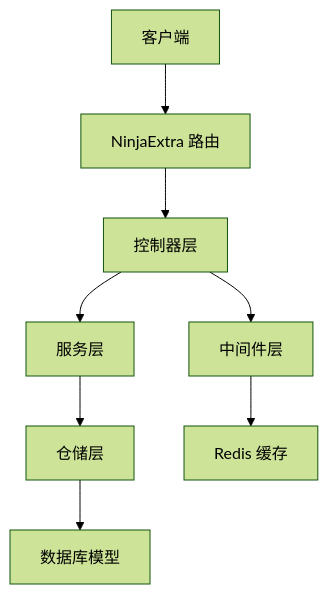
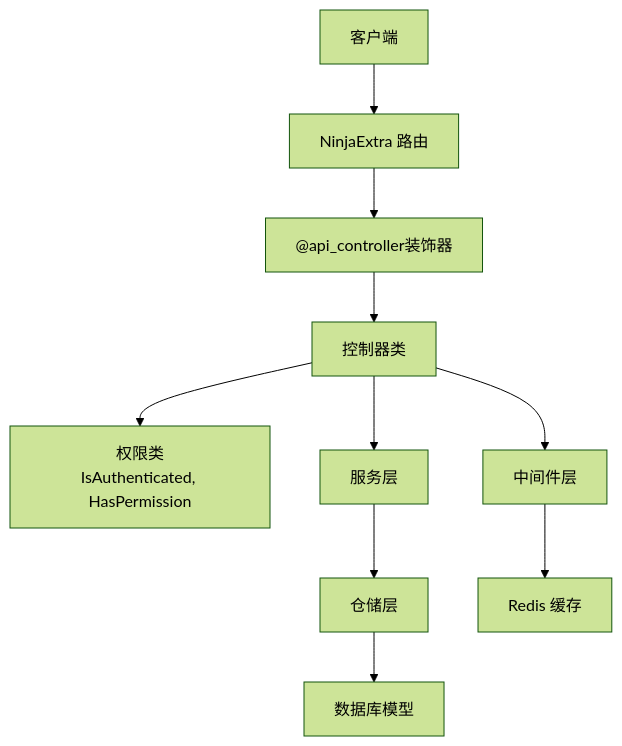
One commit to taoweidong/Hello-Django-Ninja-Api changed the second of 3 diagrams in .qoder/repowiki/zh/content/API 接口文档/API 接口文档.md. Above: the diagram before and after it, drawn with Mermaid (forest theme). The commit also changed other lines of this file and 7 other files, not shown here.

````diff
--- a/.qoder/repowiki/zh/content/API 接口文档/API 接口文档.md
+++ b/.qoder/repowiki/zh/content/API 接口文档/API 接口文档.md
@@ -94,10 +109,12 @@
 ```mermaid
 graph TB
 Client["客户端"] --> Router["NinjaExtra 路由"]
-Router --> Ctrl["控制器层"]
+Router --> Decorators["@api_controller装饰器"]
+Decorators --> Ctrl["控制器类"]
+Ctrl --> Permissions["权限类<br/>IsAuthenticated, HasPermission"]
 Ctrl --> Service["服务层"]
 Service --> Repo["仓储层"]
 Repo --> DB["数据库模型"]
 Ctrl --> Middlewares["中间件层"]
 Middlewares --> Redis["Redis 缓存"]
 ```
````
